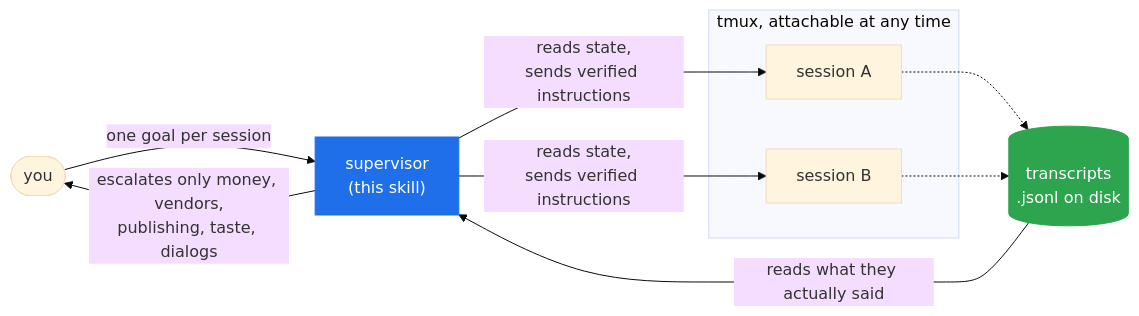
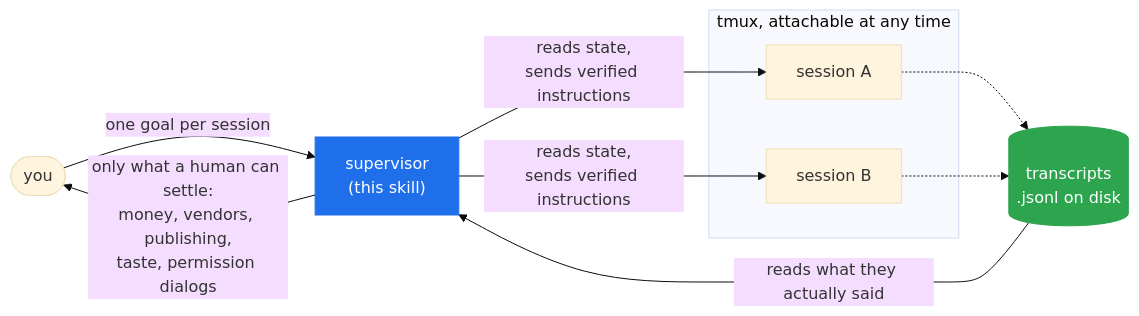
One commit to aldhosutra/supervise changed the first of 2 diagrams in README.md. Above: the diagram before and after it, drawn with Mermaid (base theme). The commit also changed other lines of this file, not shown here.

First line of the commit message:
docs: give the research ladder its own diagram

````diff
--- a/README.md
+++ b/README.md
@@ -58,24 +58,24 @@
 ```mermaid
 flowchart LR
     U([you]) -->|"one goal per session"| S
-    S -->|"escalates only money, vendors,<br/>publishing, taste, dialogs"| U
+    S -->|"only what a human can settle:<br/>money, vendors, publishing,<br/>taste, permission dialogs"| U
 
     S["supervisor<br/>(this skill)"]
 
     subgraph tmux["tmux, attachable at any time"]
         P1["session A"]
         P2["session B"]
     end
 
     S -->|"reads state,<br/>sends verified instructions"| P1
     S -->|"reads state,<br/>sends verified instructions"| P2
     P1 -.-> T
     P2 -.-> T
     T[("transcripts<br/>.jsonl on disk")]
     T -->|"reads what they actually said"| S
 
     classDef me fill:#1f6feb,stroke:#1f6feb,color:#fff
     classDef disk fill:#2da44e,stroke:#2da44e,color:#fff
     class S me
     class T disk
 ```
````
